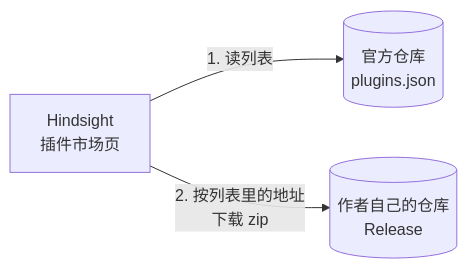
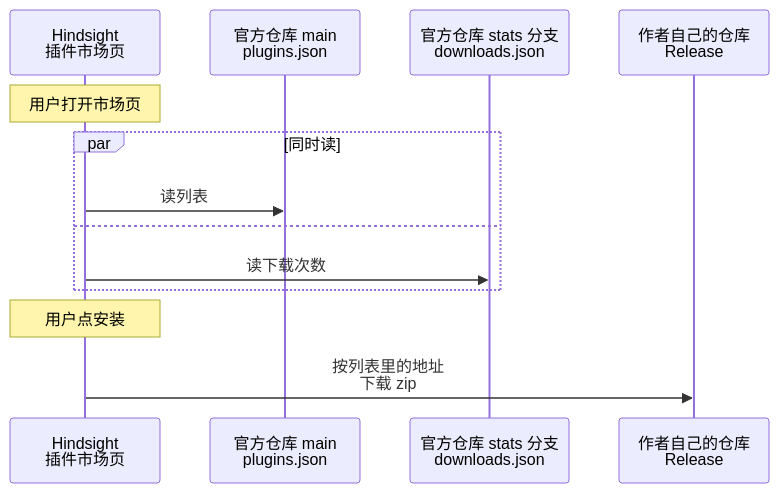
The second of 2 diagrams in docs/design/plugins/zh/market.md (Tomotsugu-dev/Hindsight), drawn with Mermaid before and after one commit. The commit also changed other lines of this file and 1 other file, not shown here.

First line of the commit message:
docs(plugins): describe download counts, search and the official filter

````diff
--- a/docs/design/plugins/zh/market.md
+++ b/docs/design/plugins/zh/market.md
@@ -22,5 +23,15 @@
 ```mermaid
-flowchart LR
-  MKT["Hindsight<br/>插件市场页"] -->|"1. 读列表"| IDX[("官方仓库<br/>plugins.json")]
-  MKT -->|"2. 按列表里的地址<br/>下载 zip"| REL[("作者自己的仓库<br/>Release")]
+sequenceDiagram
+  participant H as Hindsight<br/>插件市场页
+  participant I as 官方仓库 main<br/>plugins.json
+  participant S as 官方仓库 stats 分支<br/>downloads.json
+  participant R as 作者自己的仓库<br/>Release
+  Note over H: 用户打开市场页
+  par 同时读
+    H->>I: 读列表
+  and
+    H->>S: 读下载次数
+  end
+  Note over H: 用户点安装
+  H->>R: 按列表里的地址<br/>下载 zip
 ```
````
